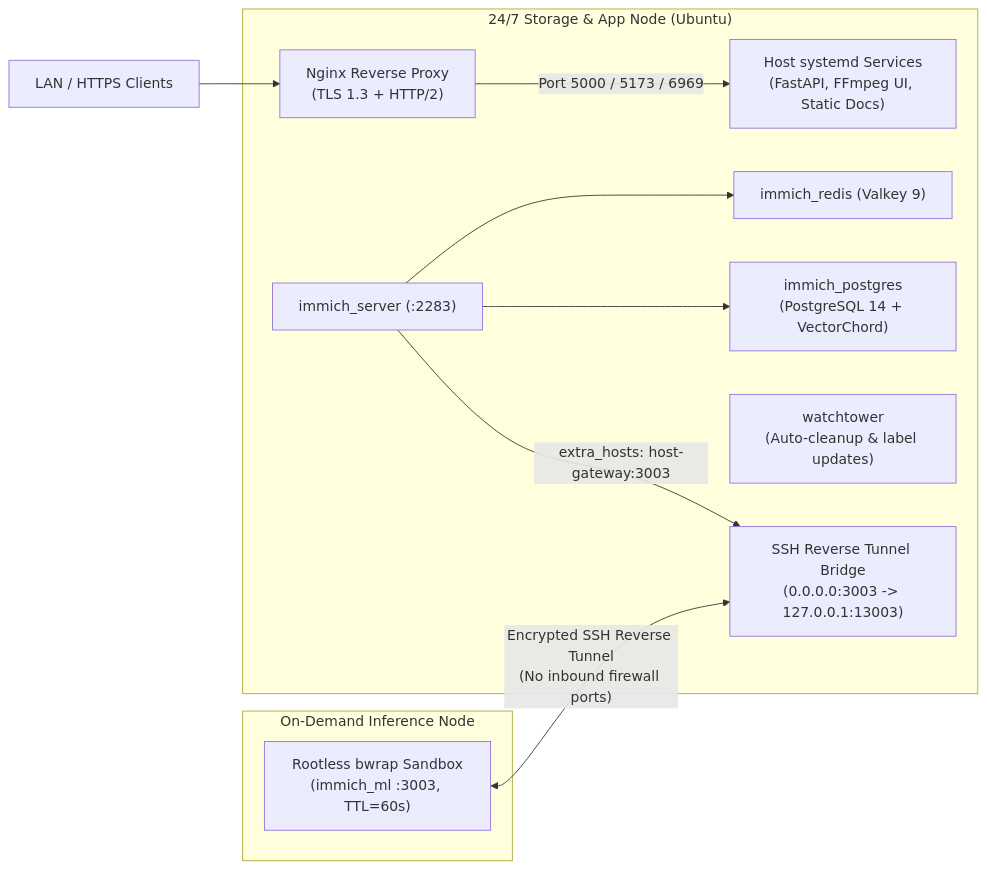
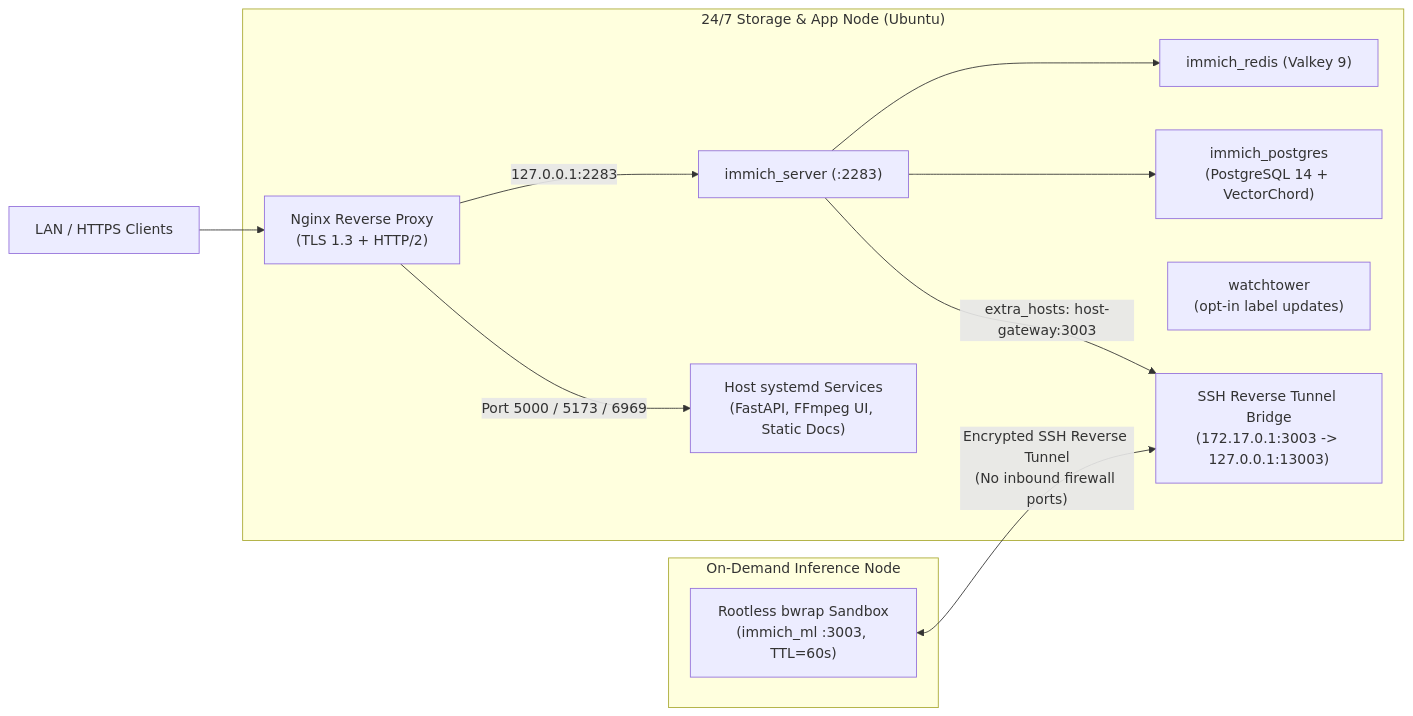
The diagram in README.md (noocklasss/homelab-infrastructure), drawn with Mermaid before and after one commit. The commit also changed other lines of this file and 15 other files, not shown here.

````diff
--- a/README.md
+++ b/README.md
@@ -20,19 +20,20 @@
 ```mermaid
 flowchart LR
-    Client["LAN / HTTPS Clients"] --> Nginx["Nginx Reverse Proxy\n(TLS 1.3 + HTTP/2)"]
+    Client["LAN / HTTPS Clients"] --> Nginx["Nginx Reverse Proxy<br>(TLS 1.3 + HTTP/2)"]
 
     subgraph Server["24/7 Storage & App Node (Ubuntu)"]
-        Nginx -->|"Port 5000 / 5173 / 6969"| SystemdApps["Host systemd Services\n(FastAPI, FFmpeg UI, Static Docs)"]
+        Nginx -->|"127.0.0.1:2283"| ImmichWeb
+        Nginx -->|"Port 5000 / 5173 / 6969"| SystemdApps["Host systemd Services<br>(FastAPI, FFmpeg UI, Static Docs)"]
         ImmichWeb["immich_server (:2283)"] --> Valkey["immich_redis (Valkey 9)"]
-        ImmichWeb --> Postgres["immich_postgres\n(PostgreSQL 14 + VectorChord)"]
-        Watchtower["watchtower\n(Auto-cleanup & label updates)"]
-        Bridge["SSH Reverse Tunnel Bridge\n(0.0.0.0:3003 -> 127.0.0.1:13003)"]
+        ImmichWeb --> Postgres["immich_postgres<br>(PostgreSQL 14 + VectorChord)"]
+        Watchtower["watchtower<br>(opt-in label updates)"]
+        Bridge["SSH Reverse Tunnel Bridge<br>(172.17.0.1:3003 -> 127.0.0.1:13003)"]
         ImmichWeb -->|"extra_hosts: host-gateway:3003"| Bridge
     end
 
     subgraph Workstation["On-Demand Inference Node"]
-        MLWorker["Rootless bwrap Sandbox\n(immich_ml :3003, TTL=60s)"]
+        MLWorker["Rootless bwrap Sandbox<br>(immich_ml :3003, TTL=60s)"]
     end
 
-    MLWorker <-->|"Encrypted SSH Reverse Tunnel\n(No inbound firewall ports)"| Bridge
+    MLWorker <-->|"Encrypted SSH Reverse Tunnel<br>(No inbound firewall ports)"| Bridge
 ```
````
